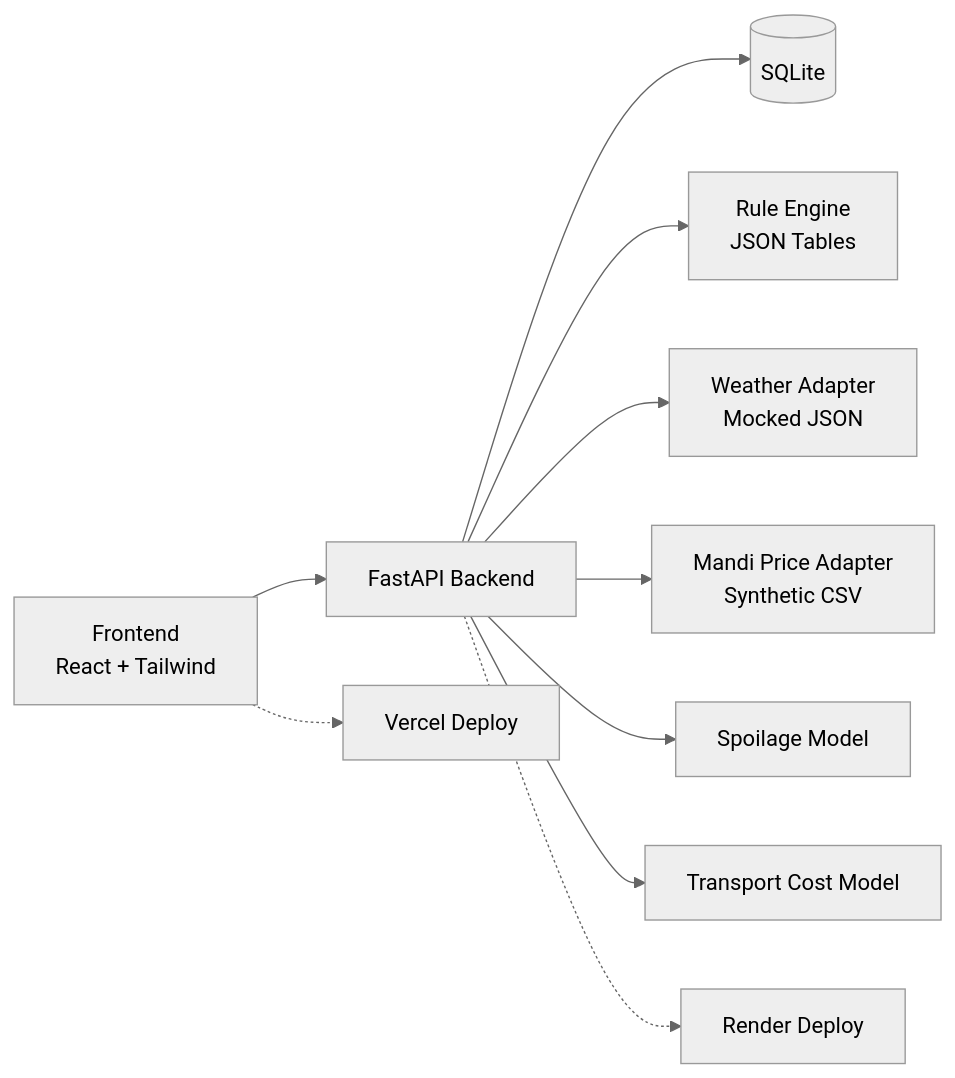
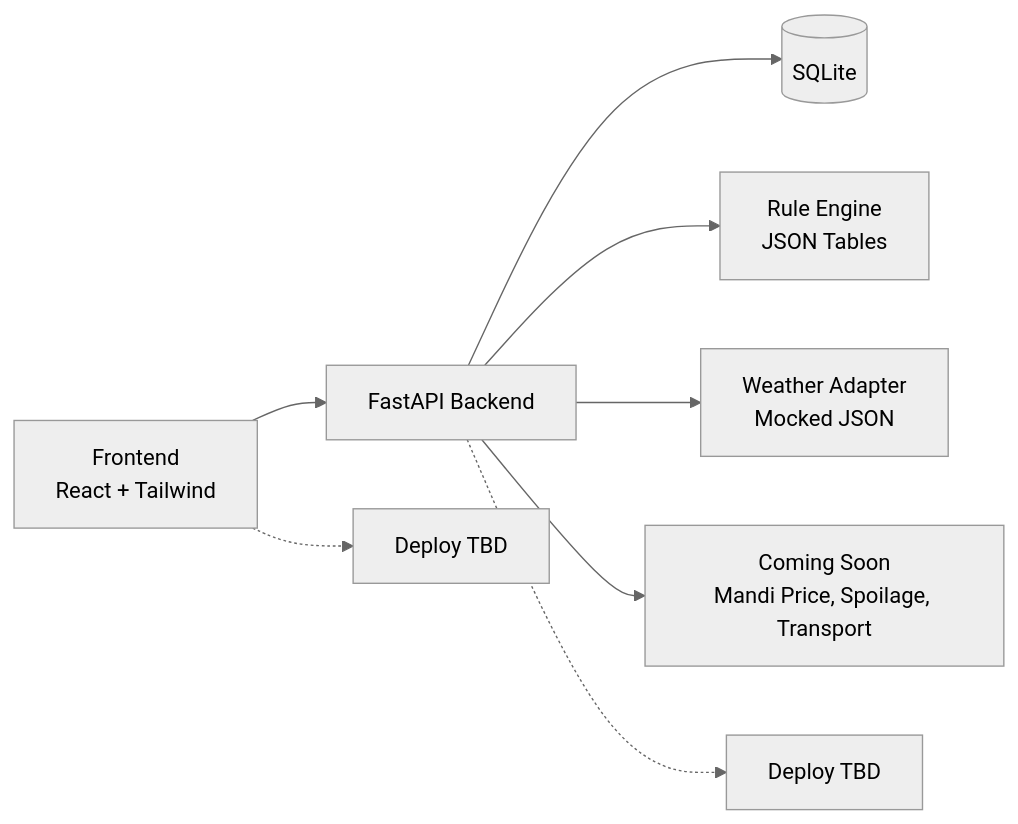
One commit to Dhruvinpatel06/TetraThon-Prototype changed the diagram in Readme.md. Above: the diagram before and after it, drawn with Mermaid (neutral theme). The commit also changed other lines of this file, not shown here.

````diff
--- a/Readme.md
+++ b/Readme.md
@@ -27,12 +27,10 @@
 ```mermaid
 flowchart LR
     A[Frontend<br/>React + Tailwind] --> B[FastAPI Backend]
     B --> C[(SQLite)]
     B --> D[Rule Engine<br/>JSON Tables]
     B --> E[Weather Adapter<br/>Mocked JSON]
-    B --> F[Mandi Price Adapter<br/>Synthetic CSV]
-    B --> G[Spoilage Model]
-    B --> H[Transport Cost Model]
-    A -.-> I[Vercel Deploy]
-    B -.-> J[Render Deploy]
+    B --> F[Coming Soon<br/>Mandi Price, Spoilage, Transport]
+    A -.-> I[Deploy TBD]
+    B -.-> J[Deploy TBD]
 ```
````
